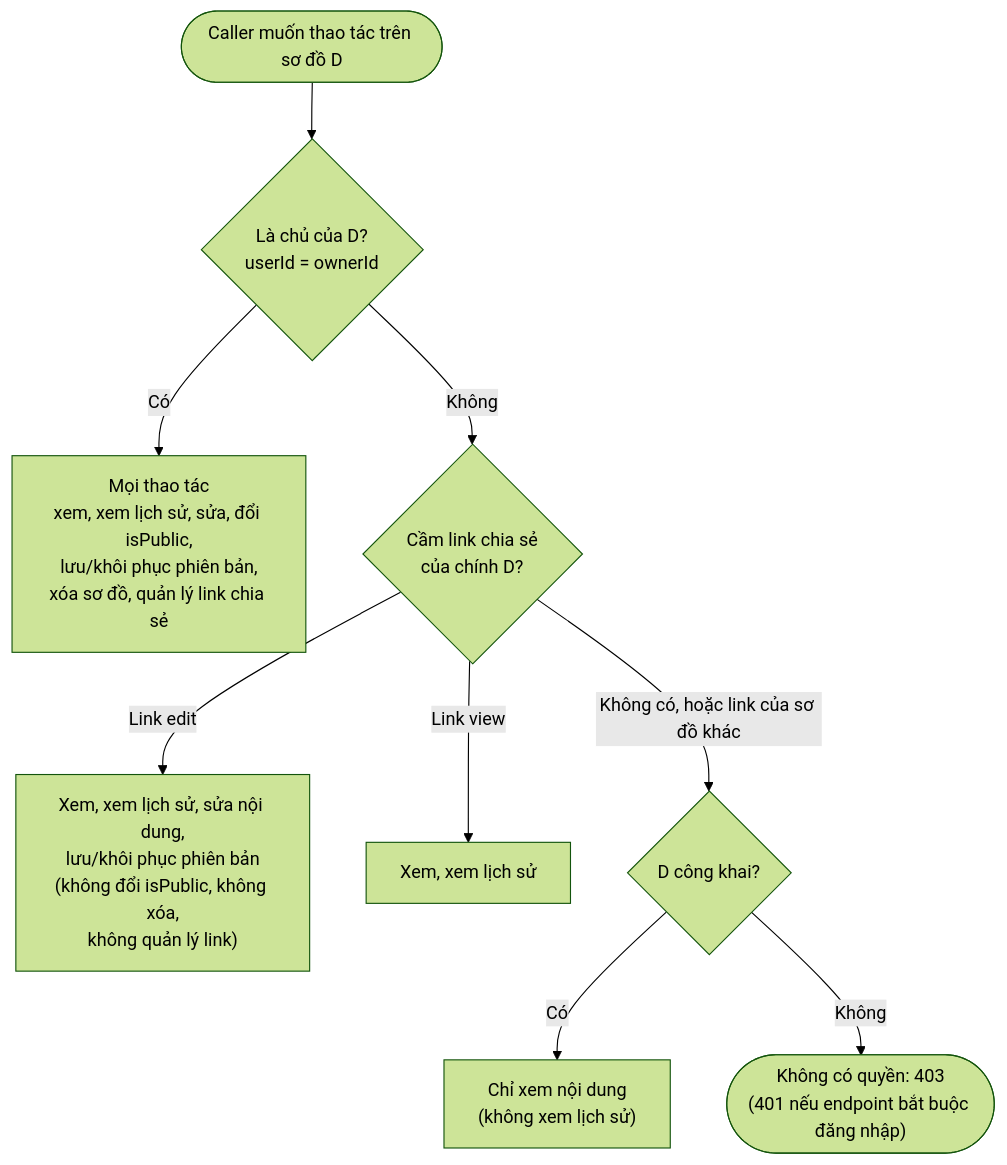
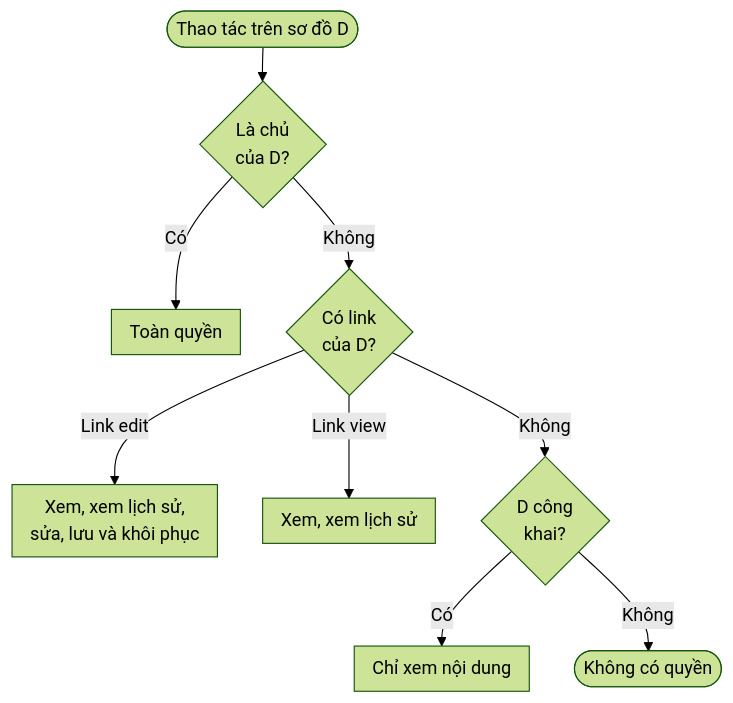
One commit to Phamminh161005/CourseHub changed the second of 7 diagrams in docs/luong-nghiep-vu.md. Above: the diagram before and after it, drawn with Mermaid (forest theme). The commit also changed other lines of this file, not shown here.

````diff
--- a/docs/luong-nghiep-vu.md
+++ b/docs/luong-nghiep-vu.md
@@ -55,11 +57,12 @@
 ```mermaid
+%%{init: {"flowchart": {"padding": 8, "rankSpacing": 30, "nodeSpacing": 40}}}%%
 flowchart TD
-    A(["Caller muốn thao tác trên sơ đồ D"]) --> O{"Là chủ của D?<br/>userId = ownerId"}
-    O -- Có --> ALL["Mọi thao tác<br/>xem, xem lịch sử, sửa, đổi isPublic,<br/>lưu/khôi phục phiên bản,<br/>xóa sơ đồ, quản lý link chia sẻ"]
-    O -- Không --> L{"Cầm link chia sẻ<br/>của chính D?"}
-    L -- "Link edit" --> ED["Xem, xem lịch sử, sửa nội dung,<br/>lưu/khôi phục phiên bản<br/>(không đổi isPublic, không xóa,<br/>không quản lý link)"]
+    A(["Thao tác trên sơ đồ D"]) --> O{"Là chủ<br/>của D?"}
+    O -- Có --> ALL["Toàn quyền"]
+    O -- Không --> L{"Có link<br/>của D?"}
+    L -- "Link edit" --> ED["Xem, xem lịch sử,<br/>sửa, lưu và khôi phục"]
     L -- "Link view" --> VW["Xem, xem lịch sử"]
-    L -- "Không có, hoặc link của sơ đồ khác" --> P{"D công khai?"}
-    P -- Có --> PV["Chỉ xem nội dung<br/>(không xem lịch sử)"]
-    P -- Không --> NO(["Không có quyền: 403<br/>(401 nếu endpoint bắt buộc đăng nhập)"])
+    L -- Không --> P{"D công<br/>khai?"}
+    P -- Có --> PV["Chỉ xem nội dung"]
+    P -- Không --> NO(["Không có quyền"])
 ```
````
